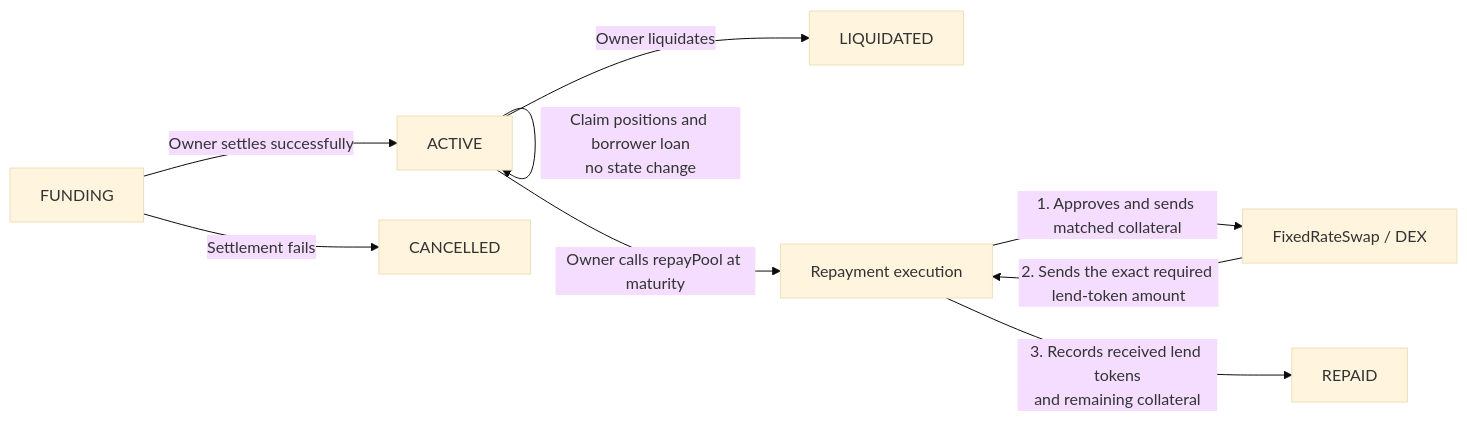
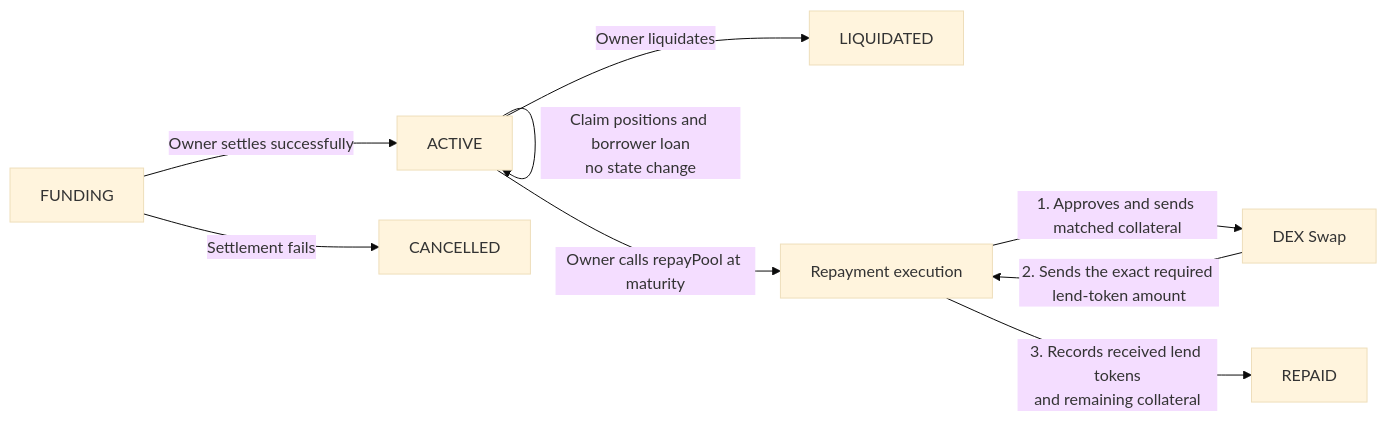
The diagram in protocol/README.md (lancechuangdev/prism), drawn with Mermaid (base theme) before and after one commit. The commit also changed other lines of this file and 5 other files, not shown here.

````diff
--- a/protocol/README.md
+++ b/protocol/README.md
@@ -7,14 +7,14 @@
 ```mermaid
 flowchart LR
     F[FUNDING] -->|Owner settles successfully| A[ACTIVE]
     F -->|Settlement fails| C[CANCELLED]
 
     A -->|Owner liquidates| L[LIQUIDATED]
     A -->|Refund excess lend or collateral<br/>no state change| A
     A -->|Claim positions and borrower loan<br/>no state change| A
 
     A -->|Owner calls repayPool at maturity| P[Repayment execution]
-    P -->|1. Approves and sends matched collateral| D[FixedRateSwap / DEX]
+    P -->|1. Approves and sends matched collateral| D[DEX Swap]
     D -->|2. Sends the exact required lend-token amount| P
     P -->|3. Records received lend tokens<br/>and remaining collateral| R[REPAID]
 ```
````
